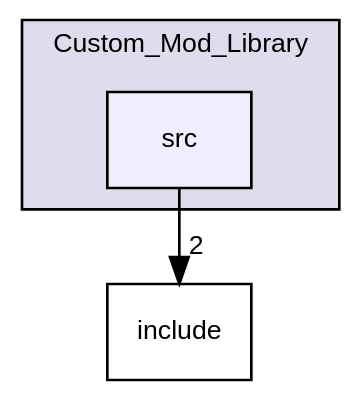
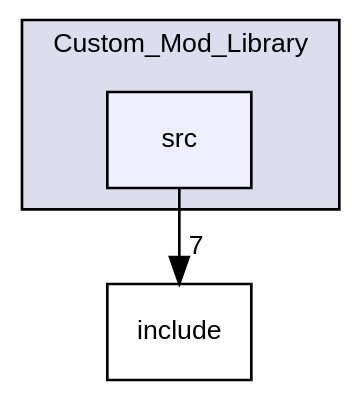
The diagram in dir_cbd26f7b0946528e265beb2513fbf397_dep.dot (ejagombar/2021_Group_3), drawn with Graphviz before and after one commit. The commit also changed 56 other files, not shown here.

```diff
--- a/dir_cbd26f7b0946528e265beb2513fbf397_dep.dot
+++ b/dir_cbd26f7b0946528e265beb2513fbf397_dep.dot
@@ -1,12 +1,12 @@
 digraph "/home/runner/work/2021_Group_3/2021_Group_3/Custom_Mod_Library/src" {
   bgcolor=transparent;
   compound=true
   node [ fontsize="10", fontname="Helvetica"];
   edge [ labelfontsize="10", labelfontname="Helvetica"];
   subgraph clusterdir_3d791e5d7456dbf61f6d7b678dfd72f4 {
     graph [ bgcolor="#ddddee", pencolor="black", label="Custom_Mod_Library" fontname="Helvetica", fontsize="10", URL="dir_3d791e5d7456dbf61f6d7b678dfd72f4.html"]
   dir_cbd26f7b0946528e265beb2513fbf397 [shape=box, label="src", style="filled", fillcolor="#eeeeff", pencolor="black", URL="dir_cbd26f7b0946528e265beb2513fbf397.html"];
   }
   dir_f5c7eabd21a874ae9d109060d168a55c [shape=box label="include" URL="dir_f5c7eabd21a874ae9d109060d168a55c.html"];
-  dir_cbd26f7b0946528e265beb2513fbf397->dir_f5c7eabd21a874ae9d109060d168a55c [headlabel="2", labeldistance=1.5 headhref="dir_000002_000001.html"];
+  dir_cbd26f7b0946528e265beb2513fbf397->dir_f5c7eabd21a874ae9d109060d168a55c [headlabel="7", labeldistance=1.5 headhref="dir_000002_000001.html"];
 }
```
